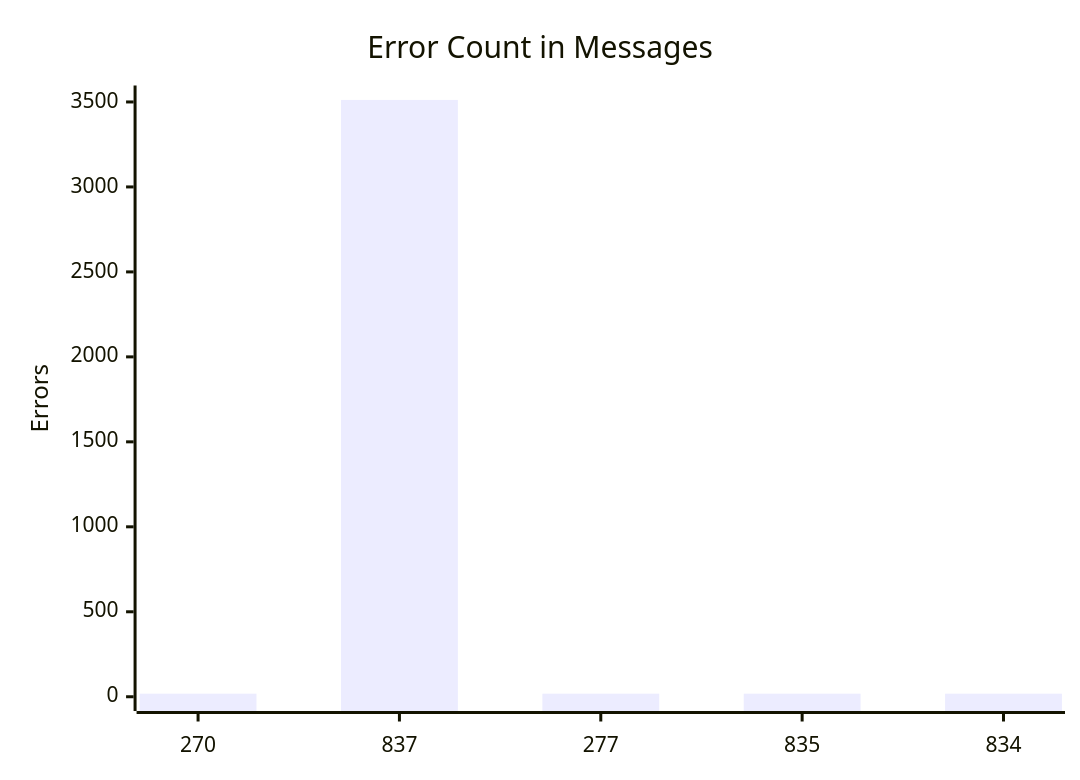
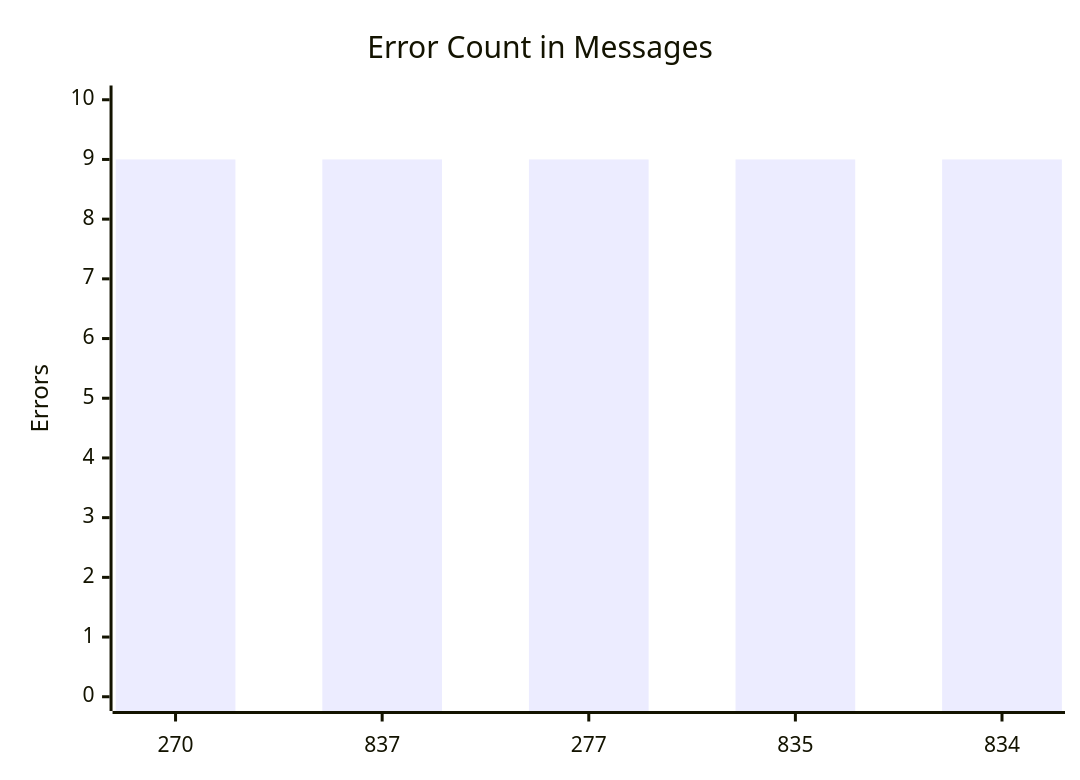
The third of 10 diagrams in test-tools/DataGen/src/Statistics_Visualizer.md (dhagan-va/intern-2025), drawn with Mermaid before and after one commit. The commit also changed other lines of this file and 1 other file, not shown here.

````diff
--- a/test-tools/DataGen/src/Statistics_Visualizer.md
+++ b/test-tools/DataGen/src/Statistics_Visualizer.md
@@ -40,7 +40,7 @@
 ```mermaid
 xychart-beta
     title "Error Count in Messages"
     x-axis ["270", "837", "277", "835", "834"]
-    y-axis "Errors" 0 --> 3513
-    bar [18, 3512, 18, 18, 18]
+    y-axis "Errors" 0 --> 10
+    bar [9, 9, 9, 9, 9]
 ```
````
